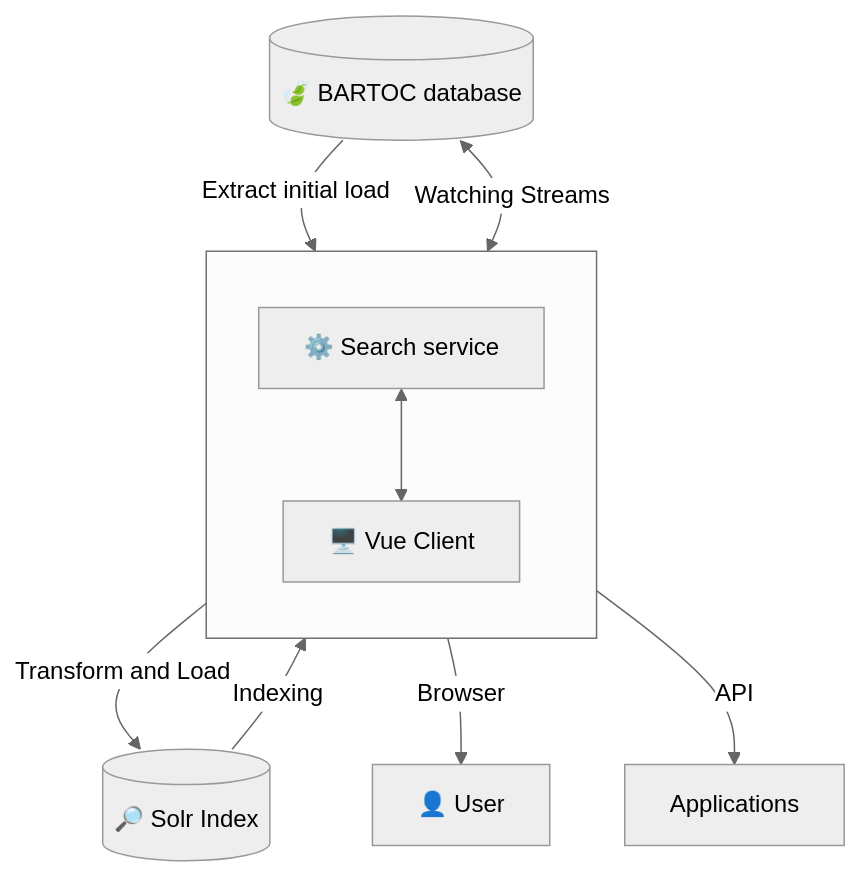
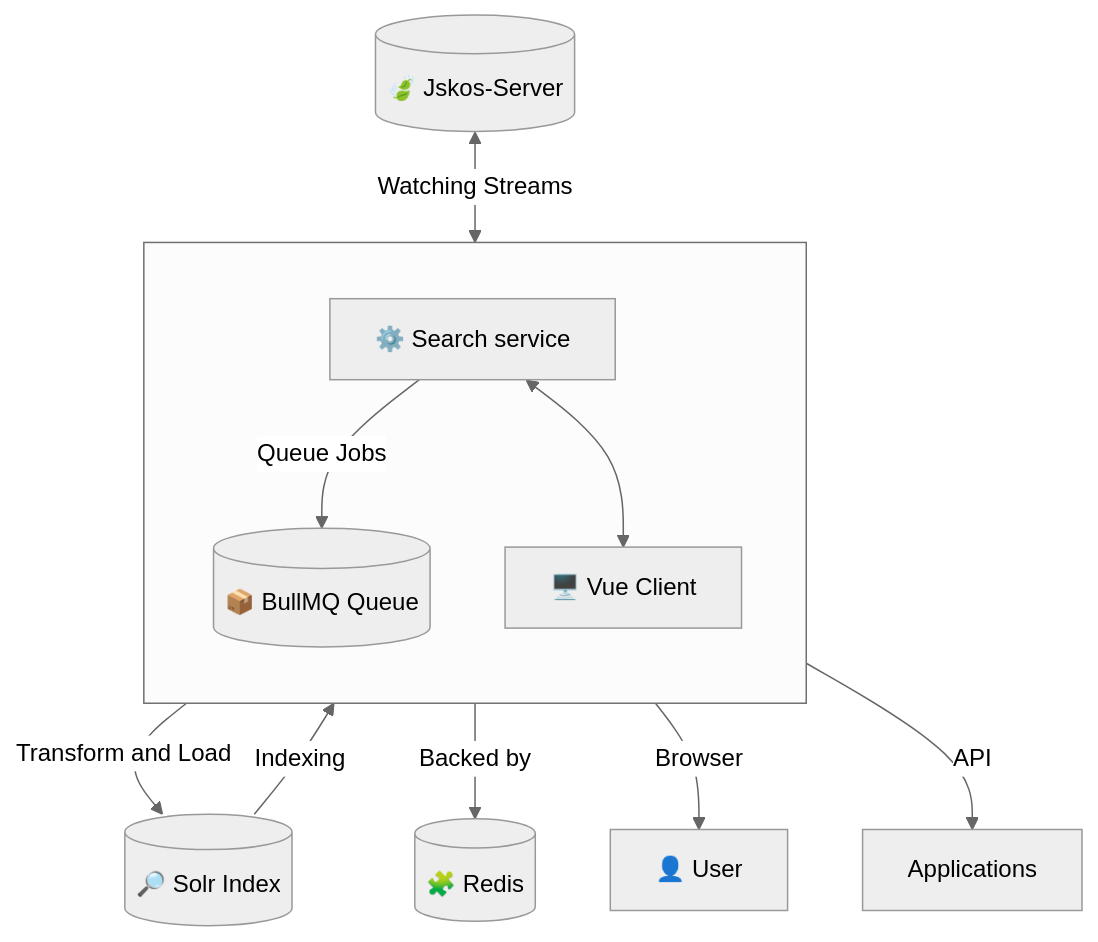
Before and after one commit to gbv/bartoc-search: the diagram in README.md, drawn with Mermaid (neutral theme). The commit also changed other lines of this file and 2 other files, not shown here.

Commit message:
Update architecture diagram and review documentation (#18)

```diff
--- a/README.md
+++ b/README.md
@@ -12,26 +12,30 @@
 ~~~mermaid
 graph TD
   Solr[(🔎 Solr Index)]
-  DB[(🍃 BARTOC database)]
+  DB[(🍃 Jskos-Server)]
+  Redis[(🧩 Redis)]
+  BullMQ[(📦 BullMQ Queue)]
   subgraph search service [ ]
     direction TB
     Server[⚙️ Search service]
+    BullMQ[(📦 BullMQ Queue)]
     Client[🖥️ Vue Client]
   end
   Client[🖥️ Vue Client]
 
   User[👤 User]
 
   Applications
 
   %% FLOWS %%
-  DB -- "Extract initial load" --> Server
-  DB <-- "Watching Streams"        --> Server
+  DB <-- "Watching Streams" --> Server
+  Server -->|Transform and Load| Solr
+  Solr -->|Indexing| Server
 
-  Server -->|Transform and Load| Solr
-  Solr   -->|Indexing         | Server
+  Server -- "Queue Jobs" --> BullMQ
+  BullMQ -- "Backed by" --> Redis
 
   Server <--> Client
   Client -- "Browser" --> User
-  Server -- "API"     --> Applications
+  Server -- "API" --> Applications
 ~~~
```
